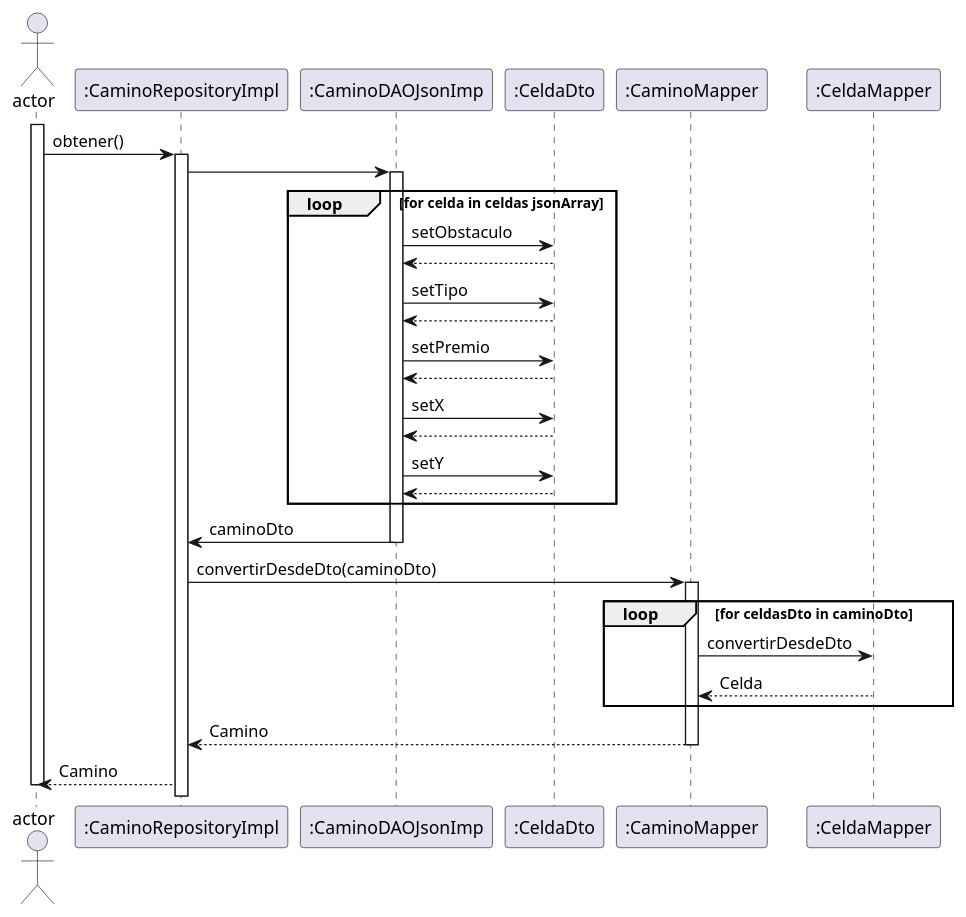
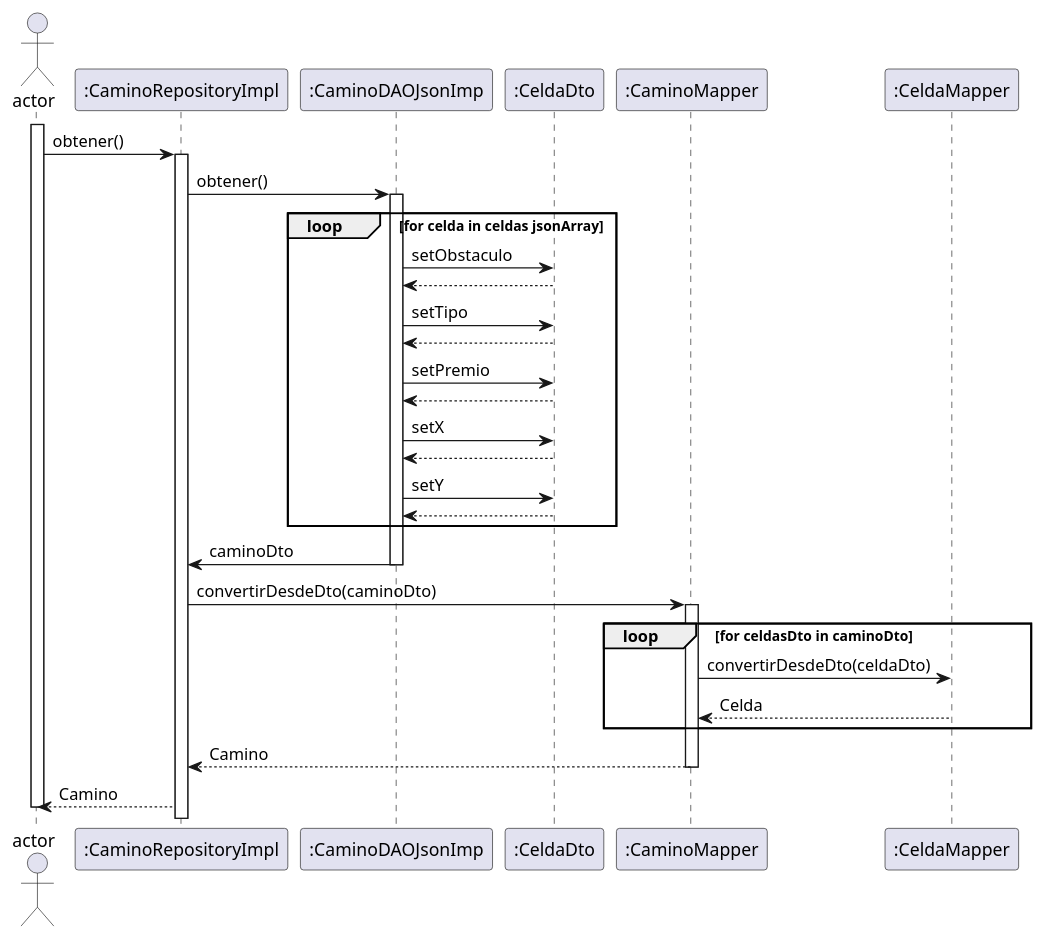
The diagram in diagrams/sequences/CasoDeUso17Test_cargarCaminoDesdeElJson.plantuml (RodriguezNazareno56/FIUBA-Algo3-TP2), drawn with PlantUML before and after one commit. The commit also changed 8 other files, not shown here.

Commit message:
ultimo refactor sobre los diagramas de secuencias (#204)

```diff
--- a/diagrams/sequences/CasoDeUso17Test_cargarCaminoDesdeElJson.plantuml
+++ b/diagrams/sequences/CasoDeUso17Test_cargarCaminoDesdeElJson.plantuml
@@ -1,38 +1,38 @@
 @startuml
 actor Actor as "actor"
 participant CaminoRepositoryImpl as ":CaminoRepositoryImpl"
 participant CaminoDAOJsonImpl as ":CaminoDAOJsonImp"
 participant CeldaDto as ":CeldaDto"
 participant CaminoMapper as ":CaminoMapper"
 participant CeldaMapper as ":CeldaMapper"
 
   activate Actor
       Actor->CaminoRepositoryImpl: obtener()
       activate CaminoRepositoryImpl
-      CaminoRepositoryImpl->CaminoDAOJsonImpl
+      CaminoRepositoryImpl->CaminoDAOJsonImpl: obtener()
         activate CaminoDAOJsonImpl
         loop for celda in celdas jsonArray
         CaminoDAOJsonImpl->CeldaDto: setObstaculo
         CeldaDto-->CaminoDAOJsonImpl
         CaminoDAOJsonImpl->CeldaDto: setTipo
         CeldaDto-->CaminoDAOJsonImpl
         CaminoDAOJsonImpl->CeldaDto: setPremio
         CeldaDto-->CaminoDAOJsonImpl
         CaminoDAOJsonImpl->CeldaDto: setX
         CeldaDto-->CaminoDAOJsonImpl
         CaminoDAOJsonImpl->CeldaDto: setY
         CeldaDto-->CaminoDAOJsonImpl
         end
       CaminoDAOJsonImpl->CaminoRepositoryImpl: caminoDto
      deactivate CaminoDAOJsonImpl
      CaminoRepositoryImpl->CaminoMapper: convertirDesdeDto(caminoDto)
      activate CaminoMapper
        loop for celdasDto in caminoDto
-       CaminoMapper->CeldaMapper: convertirDesdeDto
+       CaminoMapper->CeldaMapper: convertirDesdeDto(celdaDto)
        CeldaMapper-->CaminoMapper: Celda
        end
      CaminoMapper-->CaminoRepositoryImpl: Camino
      deactivate CaminoMapper
      CaminoRepositoryImpl-->Actor: Camino
   deactivate Actor
 @enduml
```
